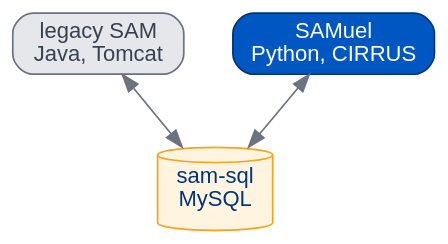
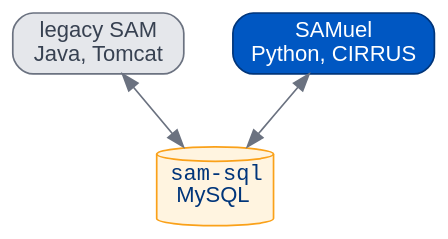
One commit to benkirk/sam-queries changed the second of 6 diagrams in docs/presentations/samuel/_4-systems.qmd. Above: the diagram before and after it, drawn with Graphviz. The commit also changed other lines of this file and 63 other files, not shown here.

````diff
--- a/docs/presentations/samuel/_4-systems.qmd
+++ b/docs/presentations/samuel/_4-systems.qmd
@@ -93,17 +93,17 @@
 ```{dot}
 //| fig-width: 4.6
 digraph Two {
   graph [rankdir=TB, nodesep=0.4, ranksep=0.6, bgcolor="transparent"];
   node  [shape=box, style="rounded,filled", fontname="Helvetica", fontsize=13];
   edge  [color="#6B7280", dir=both];
   legacy [label="legacy SAM\nJava, Tomcat", fillcolor="#E5E7EB", color="#6B7280",
           fontcolor="#374151"];
   samuel [label="SAMuel\nPython, CIRRUS", fillcolor="#0057C2", color="#00357A",
           fontcolor="#FFFFFF"];
-  sql    [label="sam-sql\nMySQL", shape=cylinder, fillcolor="#FFF4E0", color="#FAA119",
+  sql    [label=<<FONT FACE="Courier">sam-sql</FONT><BR/>MySQL>, shape=cylinder, fillcolor="#FFF4E0", color="#FAA119",
           fontcolor="#00357A"];
   {rank=same; legacy; samuel}
   legacy -> sql;
   samuel -> sql;
 }
 ```
````
